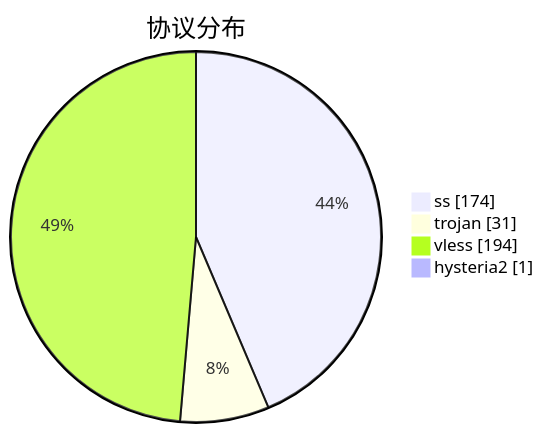
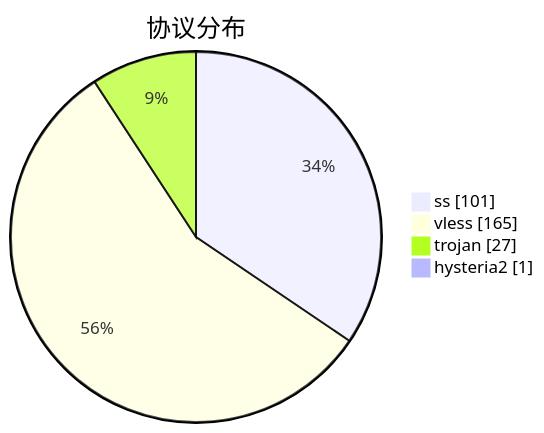
One commit to qjlxg/airport changed the third of 3 diagrams in subs/statistics/tested_within.md. Above: the diagram before and after it, drawn with Mermaid. The commit also changed other lines of this file and 2 other files, not shown here.

````diff
--- a/subs/statistics/tested_within.md
+++ b/subs/statistics/tested_within.md
@@ -37,8 +31,8 @@
 ```mermaid
 pie showData
 title 协议分布
-"ss" : 174
-"trojan" : 31
-"vless" : 194
+"ss" : 101
+"vless" : 165
+"trojan" : 27
 "hysteria2" : 1
 ```
````
